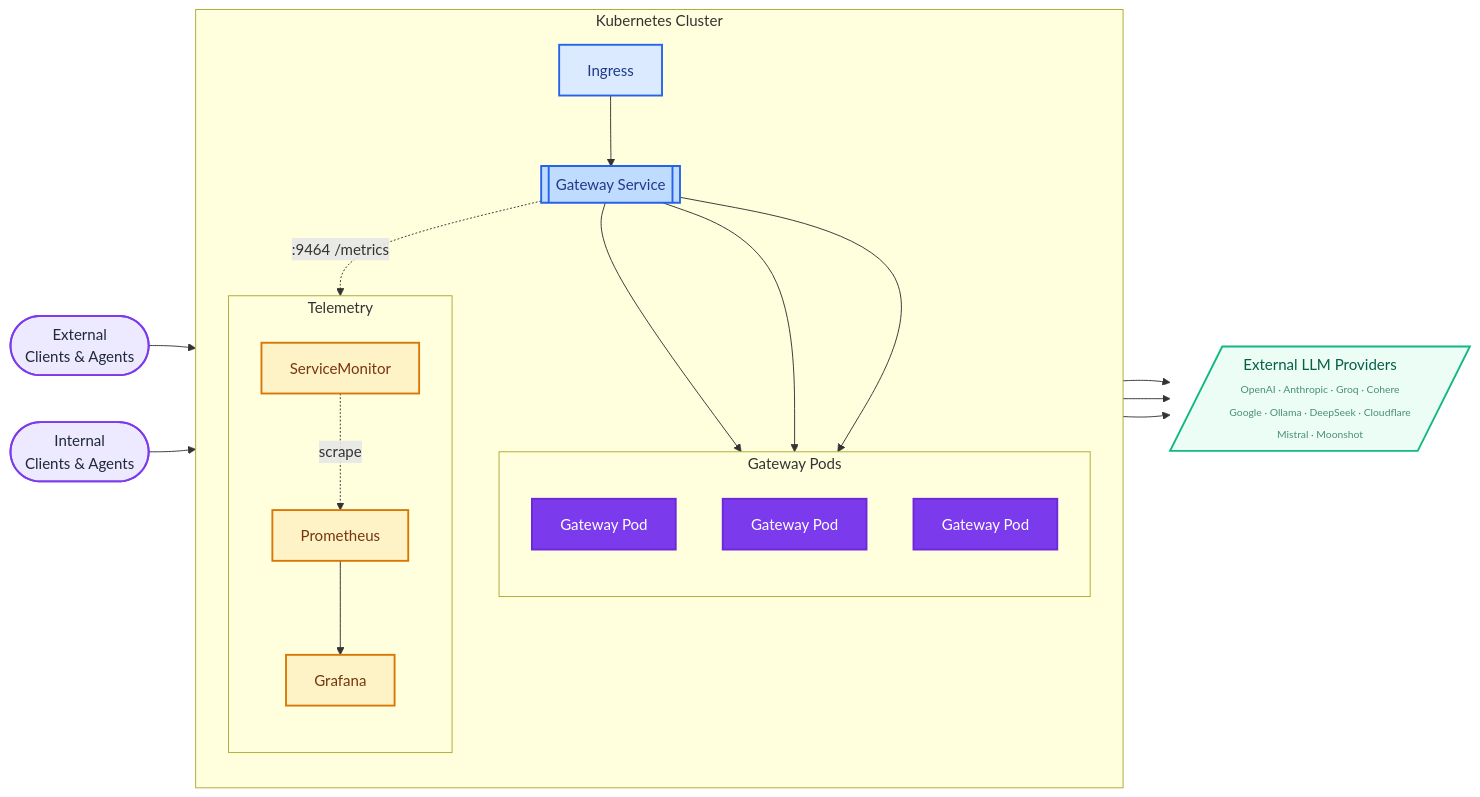
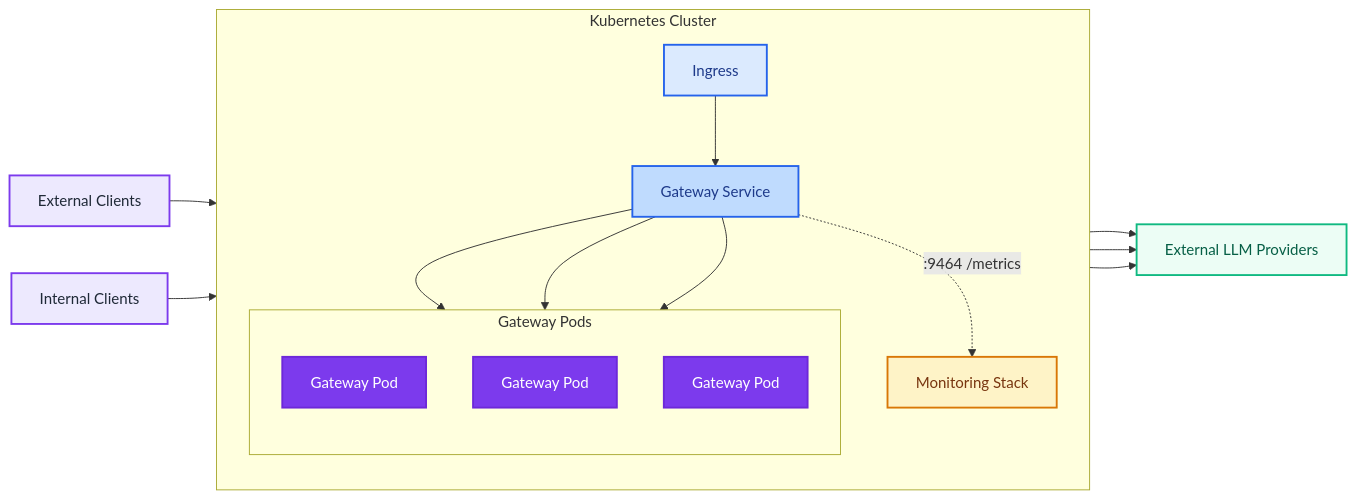
One commit to inference-gateway/docs changed the second of 2 diagrams in architecture-overview.md. Above: the diagram before and after it, drawn with Mermaid. The commit also changed other lines of this file and 2 other files, not shown here.

````diff
--- a/architecture-overview.md
+++ b/architecture-overview.md
@@ -57,55 +57,46 @@
 ```mermaid
 flowchart LR
-    ExtClient(["External<br/>Clients &amp; Agents"])
-    IntClient(["Internal<br/>Clients &amp; Agents"])
-    Providers[/"External LLM Providers<br/><span style='font-size:11px;opacity:0.7'>OpenAI · Anthropic · Groq · Cohere<br/>Google · Ollama · DeepSeek · Cloudflare<br/>Mistral · Moonshot"</span>/]
+    ExtClient["External Clients"]
+    IntClient["Internal Clients"]
+    Providers["External LLM Providers"]
+    Monitoring["Monitoring Stack"]
 
     subgraph Cluster["Kubernetes Cluster"]
         direction TB
         Ingress["Ingress"]
-        Svc[["Gateway Service"]]
+        Svc["Gateway Service"]
 
         subgraph Pods["Gateway Pods"]
             direction TB
             Pod1["Gateway Pod"]
             Pod2["Gateway Pod"]
             Pod3["Gateway Pod"]
         end
 
         Ingress --> Svc
         Svc --> Pod1
         Svc --> Pod2
         Svc --> Pod3
-
-        subgraph Telemetry["Telemetry"]
-            direction TB
-            SM["ServiceMonitor"]
-            Prom["Prometheus"]
-            Graf["Grafana"]
-            SM -. "scrape" .-> Prom
-            Prom --> Graf
-        end
-
-        Svc -. ":9464 /metrics" .-> SM
+        Svc -. ":9464 /metrics" .-> Monitoring
     end
 
     ExtClient --> Ingress
     IntClient --> Svc
     Pod1 --> Providers
     Pod2 --> Providers
     Pod3 --> Providers
 
     classDef client fill:#ede9fe,stroke:#7c3aed,stroke-width:2px,color:#1f2937
     classDef ingress fill:#dbeafe,stroke:#2563eb,stroke-width:2px,color:#1e3a8a
     classDef service fill:#bfdbfe,stroke:#2563eb,stroke-width:2px,color:#1e3a8a
     classDef gateway fill:#7c3aed,stroke:#6d28d9,stroke-width:2px,color:#ffffff
     classDef monitor fill:#fef3c7,stroke:#d97706,stroke-width:2px,color:#78350f
     classDef provider fill:#ecfdf5,stroke:#10b981,stroke-width:2px,color:#065f46
 
     class ExtClient,IntClient client
     class Ingress ingress
     class Svc service
     class Pod1,Pod2,Pod3 gateway
-    class SM,Prom,Graf monitor
+    class Monitoring monitor
     class Providers provider
 ```
````
